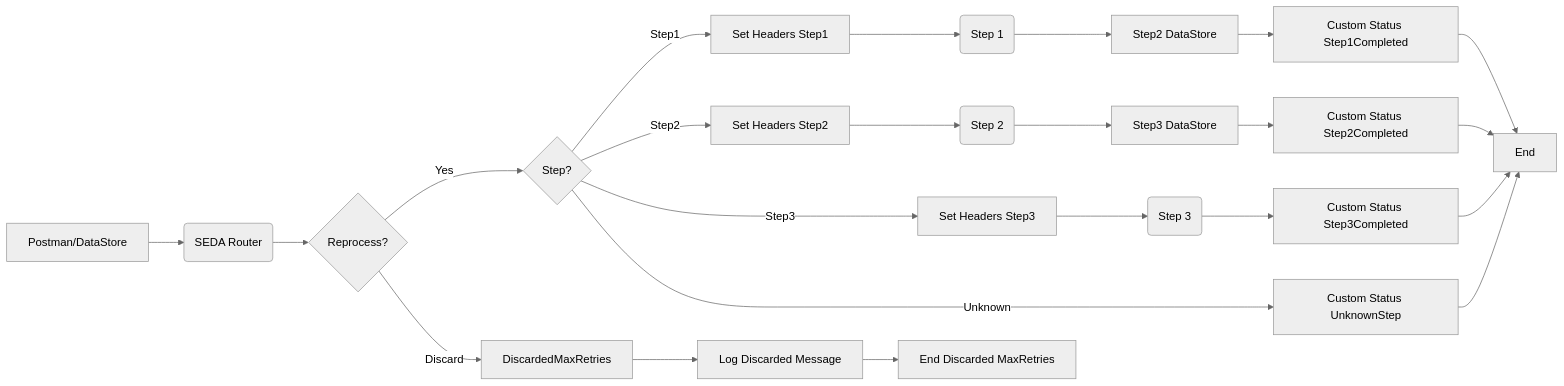
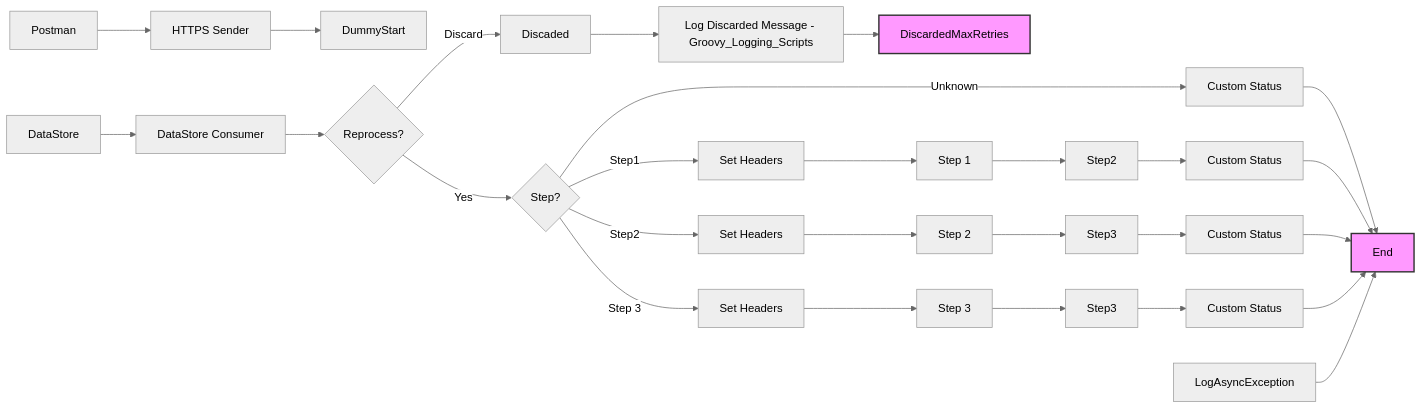
The diagram in MMZ - Cell Iflows/SEDA_Model_-_Single_DS_-_Restart_and_Discard_MMZ-1.0.0/readme.md (Avvale-IA-CICD/AvvaleCPI), drawn with Mermaid (neutral theme) before and after one commit. The commit also changed other lines of this file, not shown here.

Commit message:
Add/update documentation for SEDA_Model_-_Single_DS_-_Restart_and_Discard_MMZ v1.0.0

````diff
--- a/MMZ - Cell Iflows/SEDA_Model_-_Single_DS_-_Restart_and_Discard_MMZ-1.0.0/readme.md
+++ b/MMZ - Cell Iflows/SEDA_Model_-_Single_DS_-_Restart_and_Discard_MMZ-1.0.0/readme.md
@@ -4,25 +6,37 @@
 ```mermaid
 graph LR
-    A[Postman/DataStore] --> B(SEDA Router)
-    B --> C{Reprocess?}
-    C -- Yes --> D{Step?}
-    C -- Discard --> E[DiscardedMaxRetries]
-    D -- Step1 --> F[Set Headers Step1]
-    D -- Step2 --> G[Set Headers Step2]
-    D -- Step3 --> H[Set Headers Step3]
-    D -- Unknown --> I[Custom Status UnknownStep]
-    F --> J(Step 1)
-    G --> K(Step 2)
-    H --> L(Step 3)
-    J --> M[Step2 DataStore]
-    K --> N[Step3 DataStore]
-    L --> O[Custom Status Step3Completed]
-    M --> P[Custom Status Step1Completed]
-    N --> Q[Custom Status Step2Completed]
-    O --> R[End]
-    P --> R
-    Q --> R
-    I --> R
-    E --> S[Log Discarded Message]
-    S --> T[End Discarded MaxRetries]
+    Postman --> HTTPS[HTTPS Sender]
+    HTTPS --> DummyStart
+    DataStore --> Start[DataStore Consumer]
+    Start --> Reprocess{Reprocess?}
+    Reprocess -- Yes --> StepDecision{Step?}
+    Reprocess -- Discard --> DiscardedStatus[Discaded]
+    DiscardedStatus --> LogDiscarded[Log Discarded Message - Groovy_Logging_Scripts]
+    LogDiscarded --> DiscardedMaxRetries
+
+    StepDecision -- Step1 --> SetHeaders1[Set Headers]
+    StepDecision -- Step2 --> SetHeaders2[Set Headers]
+    StepDecision -- Step 3 --> SetHeaders3[Set Headers]
+    StepDecision -- Unknown --> UnknownStatus[Custom Status]
+    UnknownStatus --> End
+
+    SetHeaders1 --> Step1[Step 1]
+    SetHeaders2 --> Step2[Step 2]
+    SetHeaders3 --> Step3[Step 3]
+
+    Step1 --> DBStorage1[Step2]
+    Step2 --> DBStorage2[Step3]
+    Step3 --> DBStorage3[Step3]
+
+    DBStorage1 --> CustomStatus1[Custom Status]
+    DBStorage2 --> CustomStatus2[Custom Status]
+    DBStorage3 --> CustomStatus3[Custom Status]
+
+    CustomStatus1 --> End
+    CustomStatus2 --> End
+    CustomStatus3 --> End
+    LogAsyncException --> End
+
+    style End fill:#f9f,stroke:#333,stroke-width:2px
+    style DiscardedMaxRetries fill:#f9f,stroke:#333,stroke-width:2px
 ```
````
